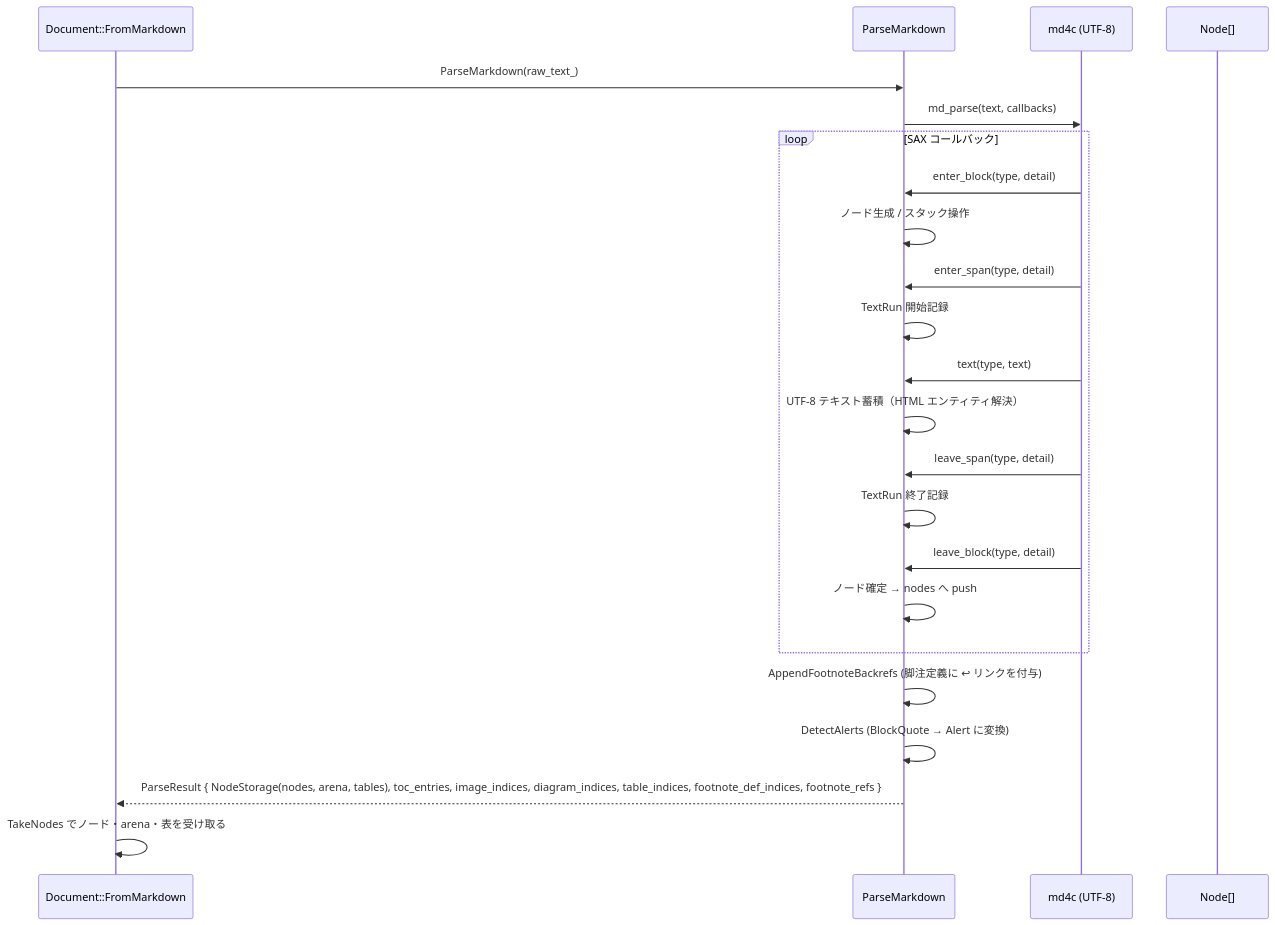
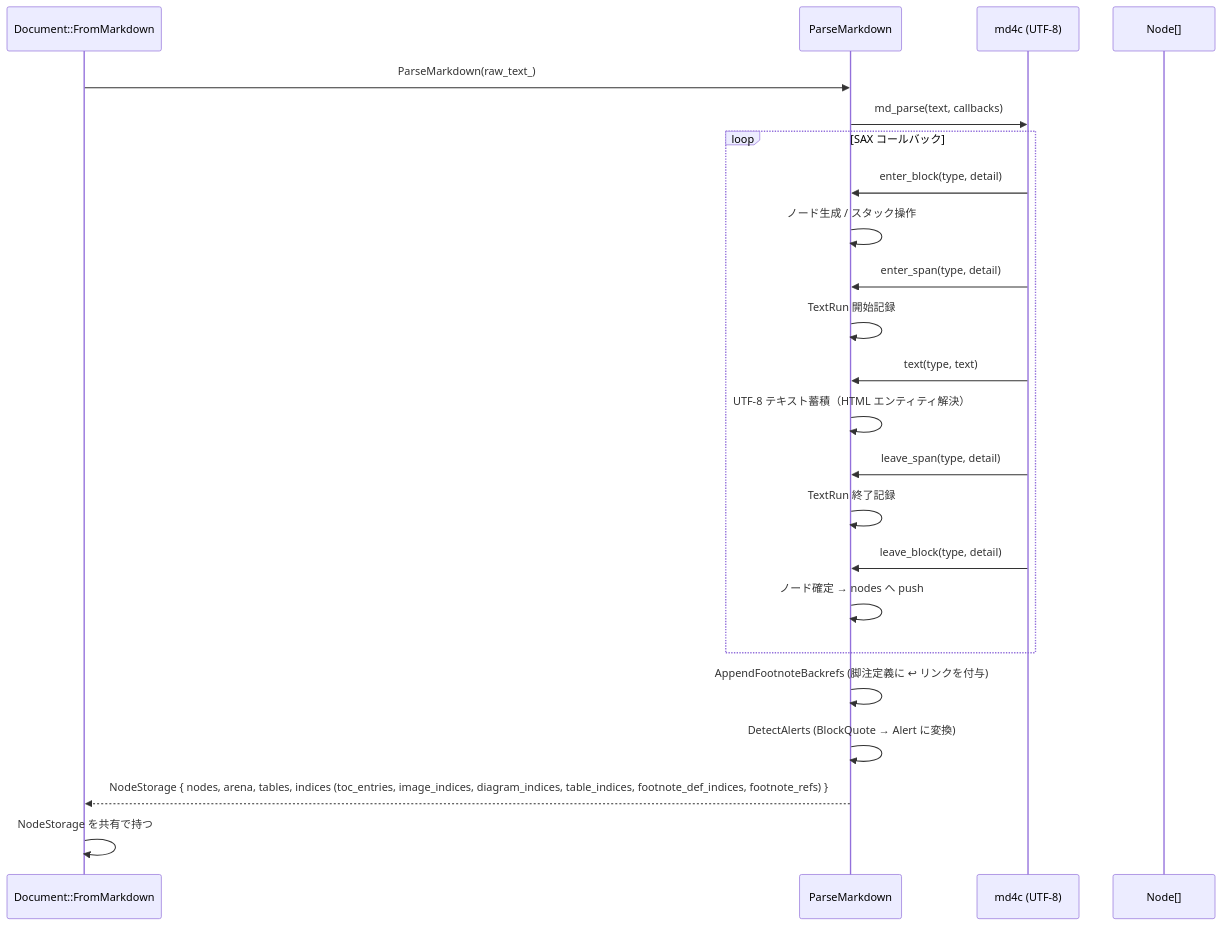
The sixth of 27 diagrams in example/test.md (tanaton/mendo), drawn with Mermaid before and after one commit. The commit also changed other lines of this file and 161 other files, not shown here.

````diff
--- a/example/test.md
+++ b/example/test.md
@@ -794,26 +795,26 @@
 ```mermaid
 sequenceDiagram
     participant DOC as Document::FromMarkdown
     participant P as ParseMarkdown
     participant MD as md4c (UTF-8)
     participant N as Node[]
 
     DOC->>P: ParseMarkdown(raw_text_)
     P->>MD: md_parse(text, callbacks)
     loop SAX コールバック
         MD->>P: enter_block(type, detail)
         P->>P: ノード生成 / スタック操作
         MD->>P: enter_span(type, detail)
         P->>P: TextRun 開始記録
         MD->>P: text(type, text)
         P->>P: UTF-8 テキスト蓄積（HTML エンティティ解決）
         MD->>P: leave_span(type, detail)
         P->>P: TextRun 終了記録
         MD->>P: leave_block(type, detail)
         P->>P: ノード確定 → nodes へ push
     end
     P->>P: AppendFootnoteBackrefs (脚注定義に ↩ リンクを付与)
     P->>P: DetectAlerts (BlockQuote → Alert に変換)
-    P-->>DOC: ParseResult { NodeStorage(nodes, arena, tables), toc_entries, image_indices, diagram_indices, table_indices, footnote_def_indices, footnote_refs }
-    DOC->>DOC: TakeNodes でノード・arena・表を受け取る
+    P-->>DOC: NodeStorage { nodes, arena, tables, indices (toc_entries, image_indices, diagram_indices, table_indices, footnote_def_indices, footnote_refs) }
+    DOC->>DOC: NodeStorage を共有で持つ
 ```
````
